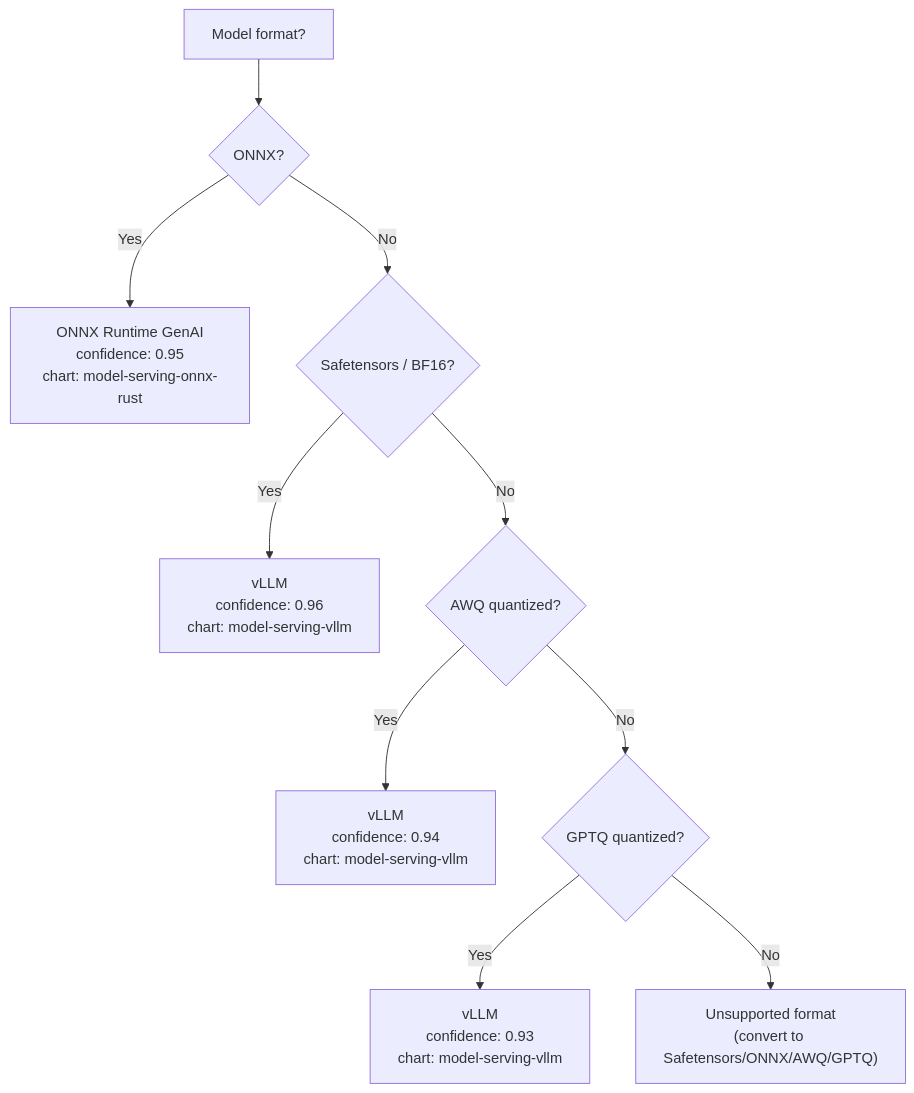
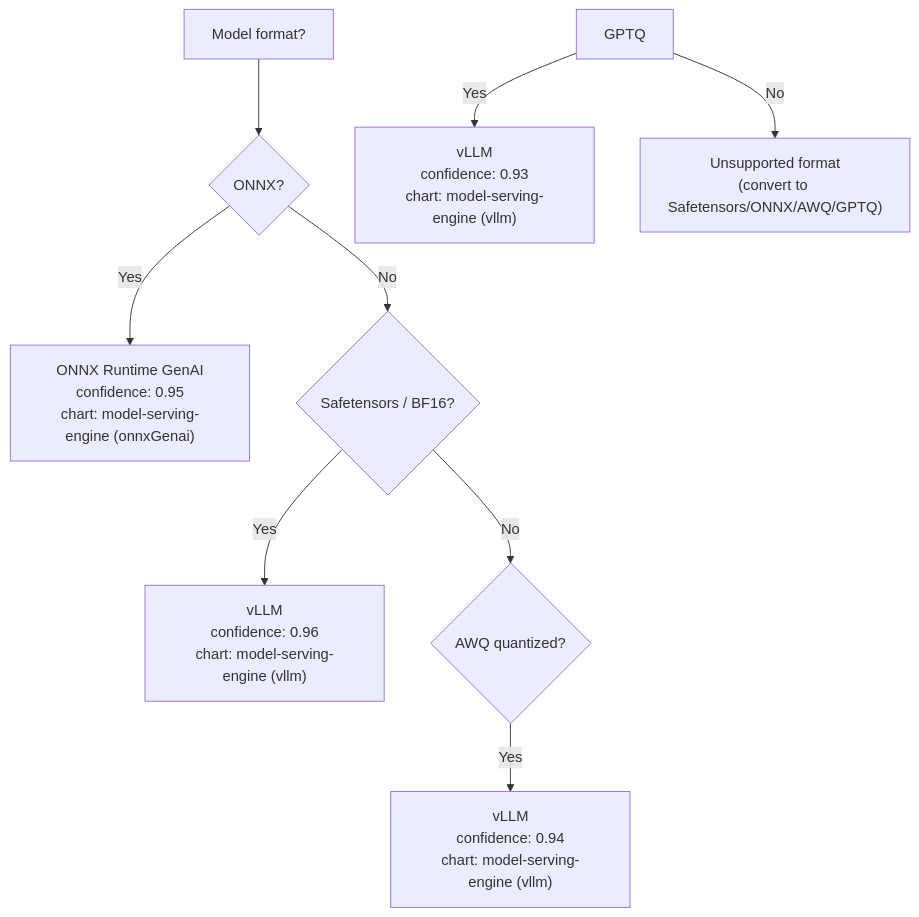
One commit to ADORSYS-GIS/Custom-Ai-Ops changed the ninth of 9 diagrams in README.md. Above: the diagram before and after it, drawn with Mermaid. The commit also changed other lines of this file and 22 other files, not shown here.

````diff
--- a/README.md
+++ b/README.md
@@ -426,12 +427,11 @@
 ```mermaid
 graph TD
     Start["Model format?"] --> ONNX{"ONNX?"}
-    ONNX -->|"Yes"| ONNXRT["ONNX Runtime GenAI<br/>confidence: 0.95<br/>chart: model-serving-onnx-rust"]
+ONNX -->|"Yes"| ONNXRT["ONNX Runtime GenAI<br/>confidence: 0.95<br/>chart: model-serving-engine (onnxGenai)"]
     ONNX -->|"No"| ST{"Safetensors / BF16?"}
-    ST -->|"Yes"| VLLM1["vLLM<br/>confidence: 0.96<br/>chart: model-serving-vllm"]
+    ST -->|"Yes"| VLLM1["vLLM<br/>confidence: 0.96<br/>chart: model-serving-engine (vllm)"]
     ST -->|"No"| AWQ{"AWQ quantized?"}
-    AWQ -->|"Yes"| VLLM2["vLLM<br/>confidence: 0.94<br/>chart: model-serving-vllm"]
-    AWQ -->|"No"| GPTQ{"GPTQ quantized?"}
-    GPTQ -->|"Yes"| VLLM3["vLLM<br/>confidence: 0.93<br/>chart: model-serving-vllm"]
+    AWQ -->|"Yes"| VLLM2["vLLM<br/>confidence: 0.94<br/>chart: model-serving-engine (vllm)"]
+    GPTQ -->|"Yes"| VLLM3["vLLM<br/>confidence: 0.93<br/>chart: model-serving-engine (vllm)"]
     GPTQ -->|"No"| UNSUPPORTED["Unsupported format<br/>(convert to Safetensors/ONNX/AWQ/GPTQ)"]
 ```
````
